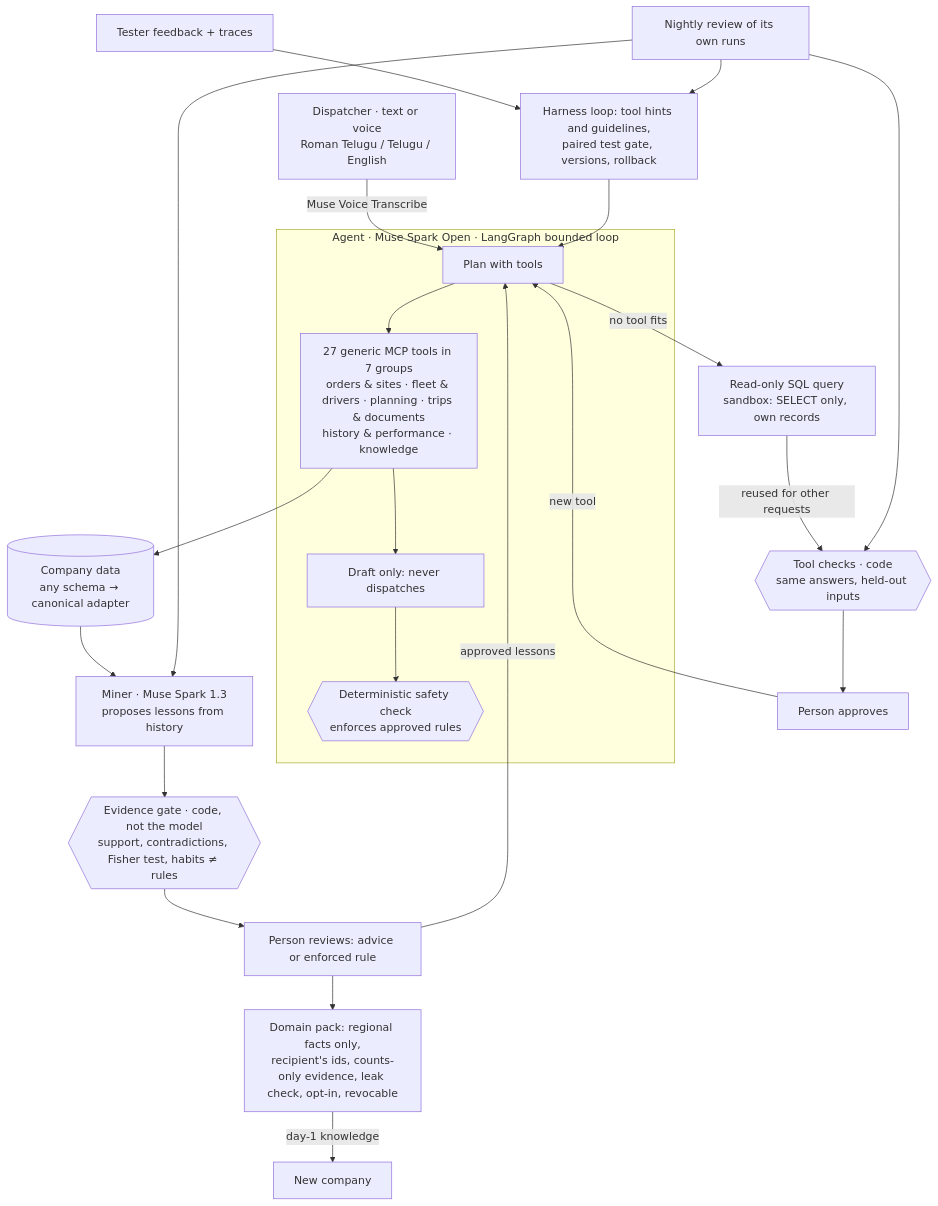
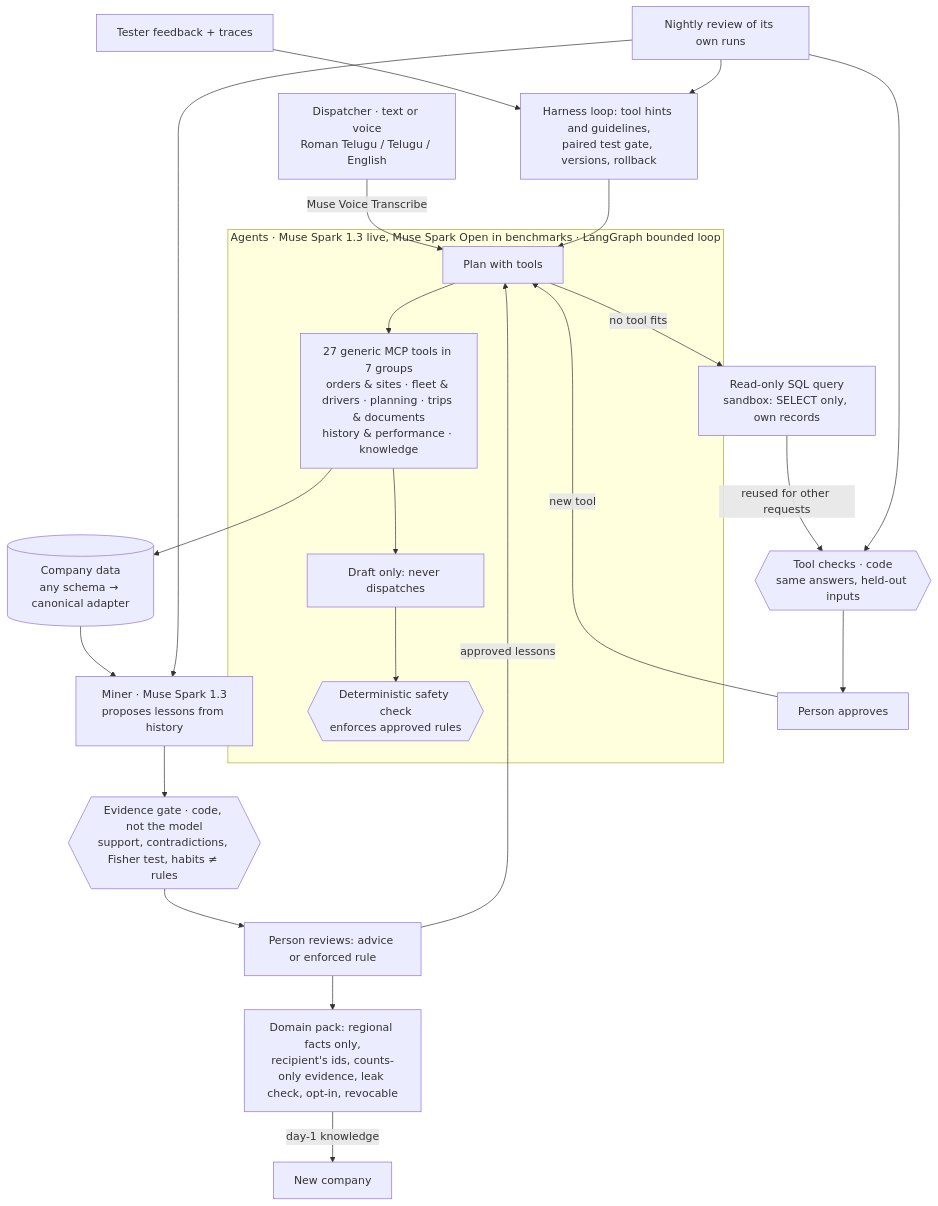
One commit to prashanth-ds-ml/anubhav changed the diagram in README.md. Above: the diagram before and after it, drawn with Mermaid. The commit also changed other lines of this file and 60 other files, not shown here.

````diff
--- a/README.md
+++ b/README.md
@@ -95,22 +96,22 @@
 ```mermaid
 flowchart TB
   U["Dispatcher · text or voice<br/>Roman Telugu / Telugu / English"] -->|Muse Voice Transcribe| A
-  subgraph Agent["Agent · Muse Spark Open · LangGraph bounded loop"]
+  subgraph Agent["Agents · Muse Spark 1.3 live, Muse Spark Open in benchmarks · LangGraph bounded loop"]
     A[Plan with tools] --> T[27 generic MCP tools in 7 groups<br/>orders & sites · fleet & drivers · planning · trips & documents<br/>history & performance · knowledge]
     T --> D[Draft only: never dispatches]
     D --> V{{Deterministic safety check<br/>enforces approved rules}}
   end
   T --> DB[(Company data<br/>any schema → canonical adapter)]
   DB --> M["Miner · Muse Spark 1.3<br/>proposes lessons from history"]
   M --> G{{Evidence gate · code, not the model<br/>support, contradictions, Fisher test, habits ≠ rules}}
   G --> R[Person reviews: advice or enforced rule]
   R -->|approved lessons| A
   R --> P[Domain pack: regional facts only,<br/>recipient's ids, counts-only evidence, leak check, opt-in, revocable]
   P -->|day-1 knowledge| N[New company]
   F[Tester feedback + traces] --> H[Harness loop: tool hints and guidelines,<br/>paired test gate, versions, rollback] --> A
   A -->|no tool fits| Q[Read-only SQL query<br/>sandbox: SELECT only, own records]
   Q -->|reused for other requests| NT{{Tool checks · code<br/>same answers, held-out inputs}} --> R2[Person approves] -->|new tool| A
   NR[Nightly review of its own runs] --> H
   NR --> M
   NR --> NT
 ```
````
